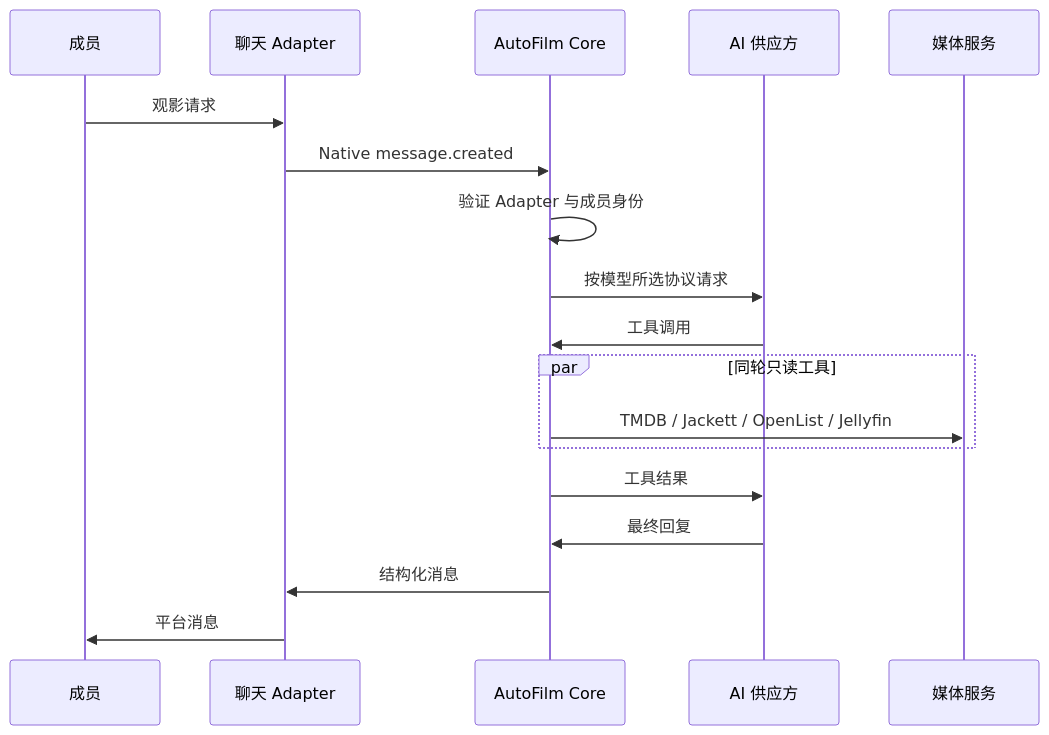
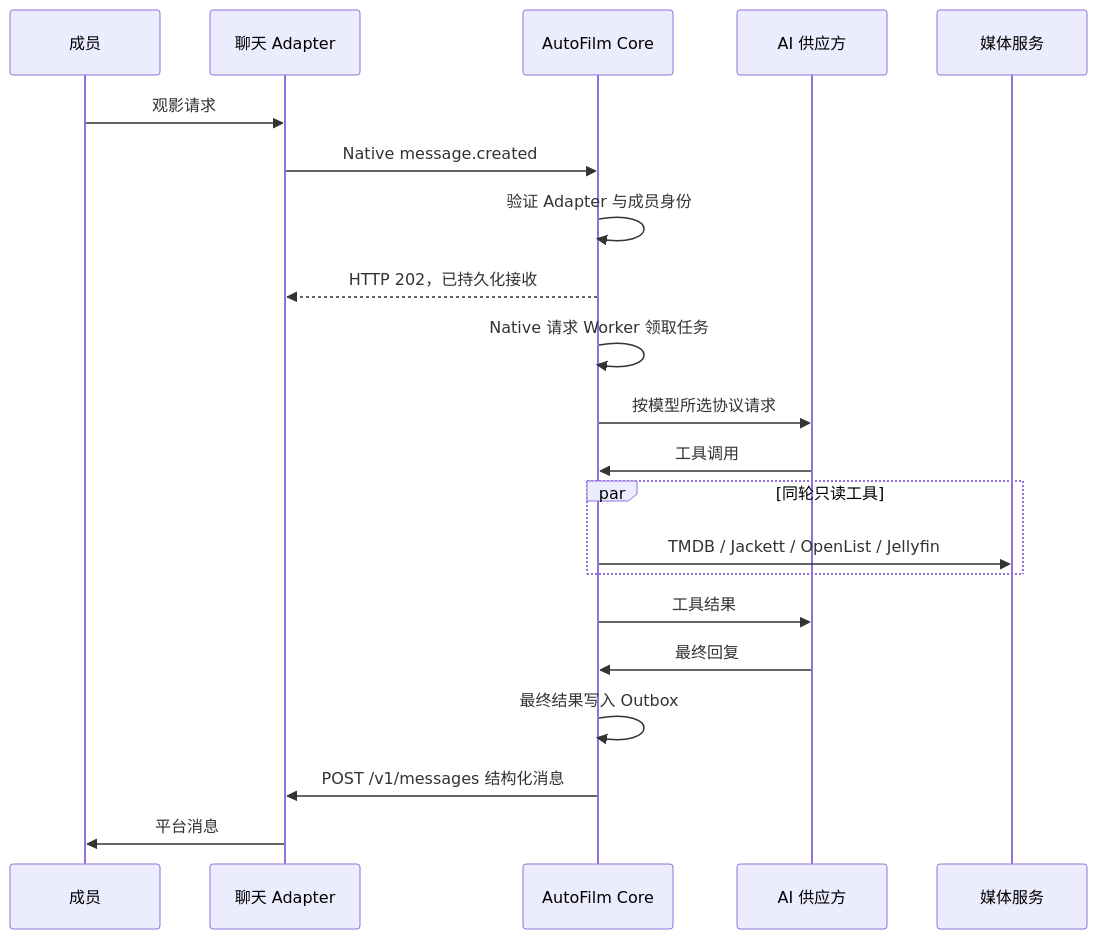
Before and after one commit to ahaduoduoduo/autofilm-core: the diagram in docs/architecture.md, drawn with Mermaid. The commit also changed other lines of this file and 16 other files, not shown here.

````diff
--- a/docs/architecture.md
+++ b/docs/architecture.md
@@ -23,21 +23,24 @@
 ```mermaid
 sequenceDiagram
     participant U as 成员
     participant A as 聊天 Adapter
     participant C as AutoFilm Core
     participant P as AI 供应方
     participant M as 媒体服务
 
     U->>A: 观影请求
     A->>C: Native message.created
     C->>C: 验证 Adapter 与成员身份
+    C-->>A: HTTP 202，已持久化接收
+    C->>C: Native 请求 Worker 领取任务
     C->>P: 按模型所选协议请求
     P->>C: 工具调用
     par 同轮只读工具
         C->>M: TMDB / Jackett / OpenList / Jellyfin
     end
     C->>P: 工具结果
     P->>C: 最终回复
-    C->>A: 结构化消息
+    C->>C: 最终结果写入 Outbox
+    C->>A: POST /v1/messages 结构化消息
     A->>U: 平台消息
 ```
````
